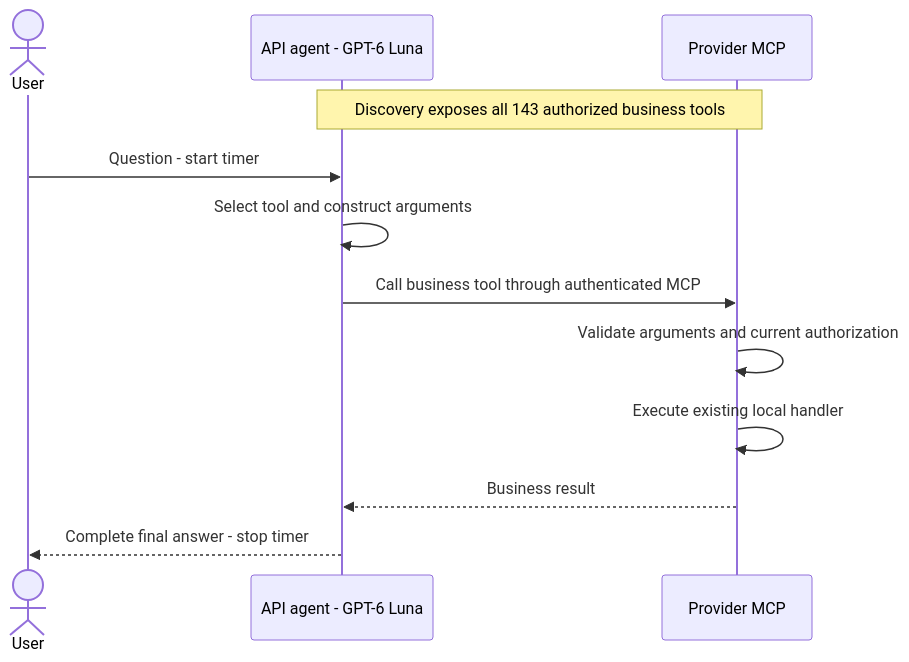
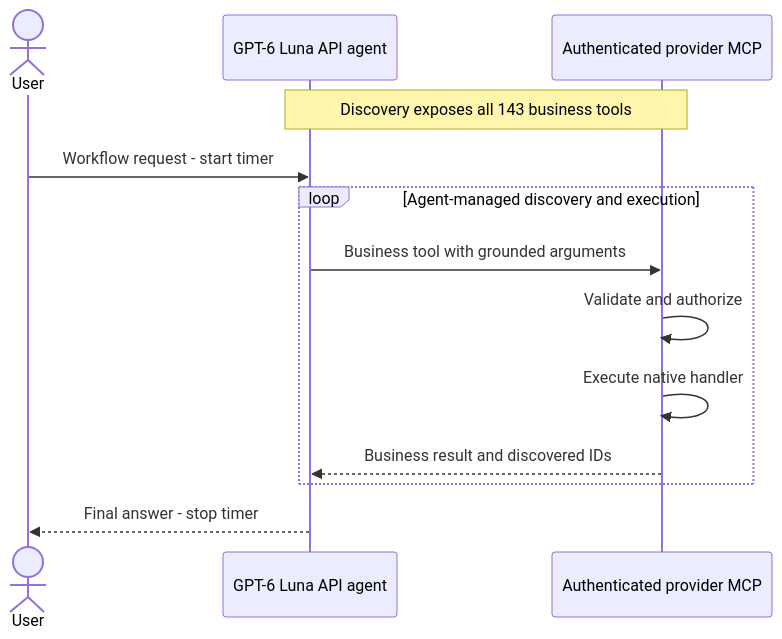
Before and after one commit to diorrego/toolgate-experiment: the first of 4 diagrams in README.md, drawn with Mermaid. The commit also changed other lines of this file and 63 other files, not shown here.

Commit message:
Add V3 multi-tool workflow experiment and audited results

````diff
--- a/README.md
+++ b/README.md
@@ -98,14 +141,15 @@
 ```mermaid
 sequenceDiagram
     actor U as User
-    participant A as API agent - GPT-6 Luna
-    participant P as Provider MCP
-    Note over A,P: Discovery exposes all 143 authorized business tools
-    U->>A: Question - start timer
-    A->>A: Select tool and construct arguments
-    A->>P: Call business tool through authenticated MCP
-    P->>P: Validate arguments and current authorization
-    P->>P: Execute existing local handler
-    P-->>A: Business result
-    A-->>U: Complete final answer - stop timer
+    participant A as GPT-6 Luna API agent
+    participant P as Authenticated provider MCP
+    Note over A,P: Discovery exposes all 143 business tools
+    U->>A: Workflow request - start timer
+    loop Agent-managed discovery and execution
+        A->>P: Business tool with grounded arguments
+        P->>P: Validate and authorize
+        P->>P: Execute native handler
+        P-->>A: Business result and discovered IDs
+    end
+    A-->>U: Final answer - stop timer
 ```
````
